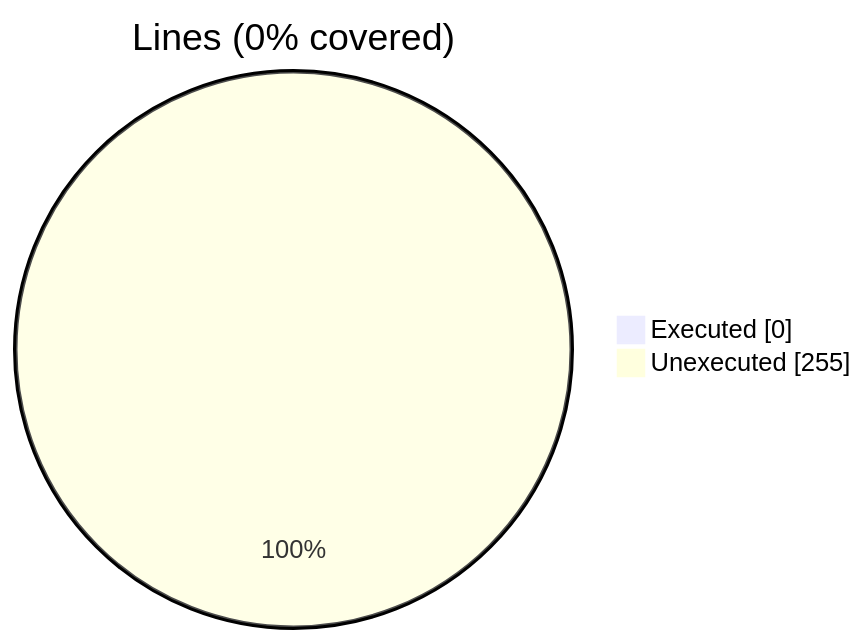
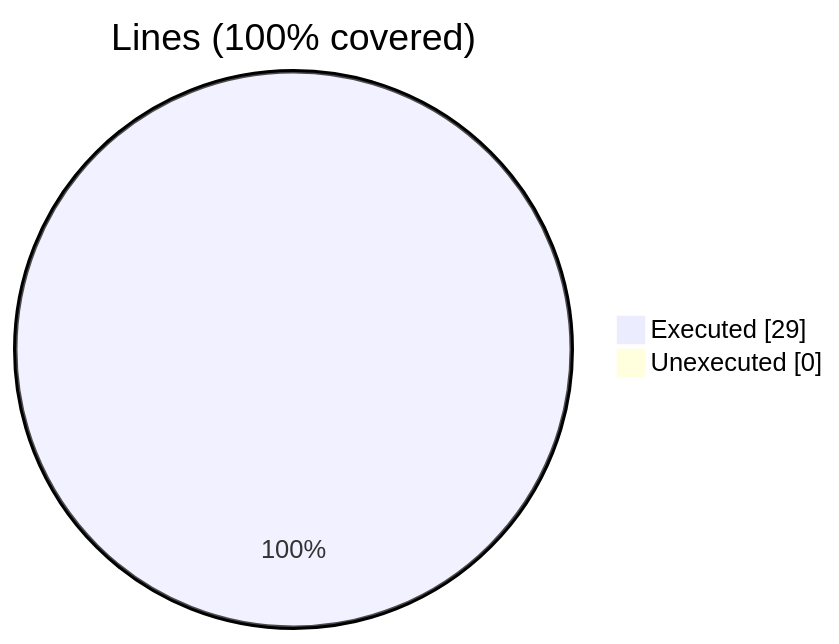
One commit to szaghi/FOSSIL changed diagram 25 of 34 in docs/guide/coverage-analysis.md. Above: the diagram before and after it, drawn with Mermaid. The commit also changed other lines of this file and 40 other files, not shown here.

````diff
--- a/docs/guide/coverage-analysis.md
+++ b/docs/guide/coverage-analysis.md
@@ -198,6 +384,6 @@
 ```mermaid
 pie showData
-    title Lines (0% covered)
-    "Executed" : 0
-    "Unexecuted" : 255
+    title Lines (100% covered)
+    "Executed" : 29
+    "Unexecuted" : 0
 ```
````
